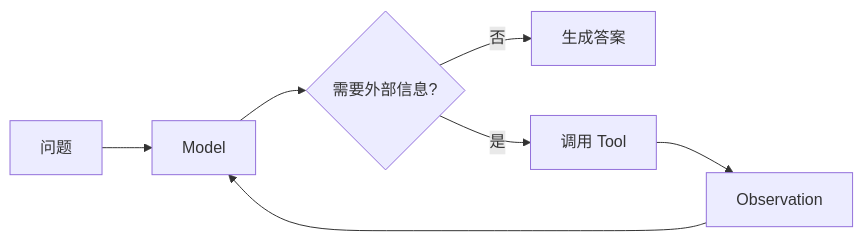
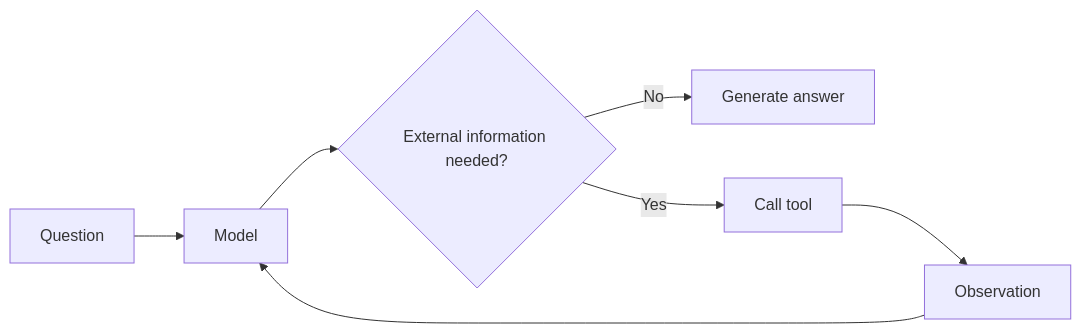
Before and after one commit to oneleaveknowsthefall/awesome-ai-roadmap: diagram 12 of 17 in docs/agent/02-reasoning-planning/05-agent-reasoning-methods.md, drawn with Mermaid. The commit also changed other lines of this file and 68 other files, not shown here.

````diff
--- a/docs/agent/02-reasoning-planning/05-agent-reasoning-methods.md
+++ b/docs/agent/02-reasoning-planning/05-agent-reasoning-methods.md
@@ -522,9 +522,9 @@
 ```mermaid
 flowchart LR
-    Q[问题] --> M[Model]
-    M --> NEED{需要外部信息?}
-    NEED -->|否| A[生成答案]
-    NEED -->|是| T[调用 Tool]
+    Q[Question] --> M[Model]
+    M --> NEED{External information needed?}
+    NEED -->|No| A[Generate answer]
+    NEED -->|Yes| T[Call tool]
     T --> O[Observation]
     O --> M
 ```
````
